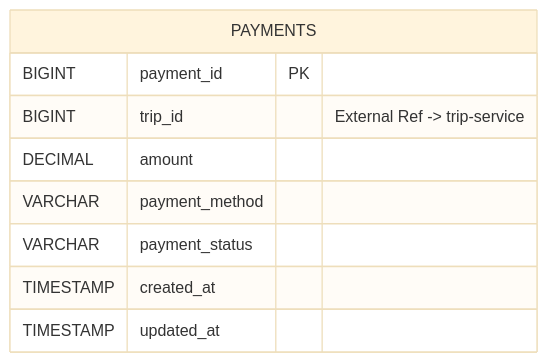
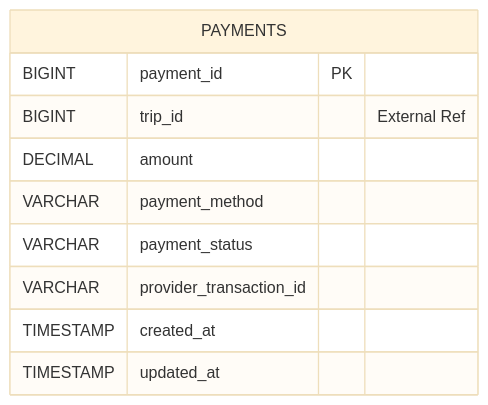
The seventh of 9 diagrams in Micro_Service_Design.md (buiphuongloan21032005-hub/23672941_BuiPhuongLoan_CabSystem), drawn with Mermaid (base theme) before and after one commit. The commit also changed other lines of this file, not shown here.

````diff
--- a/Micro_Service_Design.md
+++ b/Micro_Service_Design.md
@@ -755,12 +934,13 @@
 ```mermaid
 erDiagram
     PAYMENTS {
         BIGINT payment_id PK
-        BIGINT trip_id "External Ref -> trip-service"
+        BIGINT trip_id "External Ref"
         DECIMAL amount
         VARCHAR payment_method
         VARCHAR payment_status
+        VARCHAR provider_transaction_id
         TIMESTAMP created_at
         TIMESTAMP updated_at
     }
 ```
````
